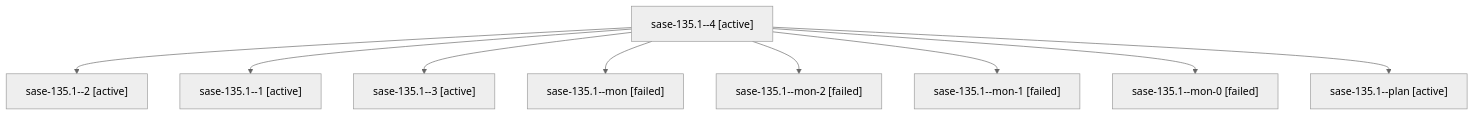
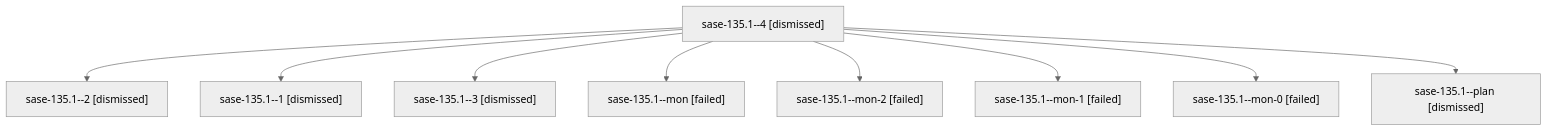
One commit to sase-org/sase--agents changed the diagram in sessions/bbugyi200.athena.sase-135.1.md. Above: the diagram before and after it, drawn with Mermaid (neutral theme). The commit also changed other lines of this file and 118 other files, not shown here.

````diff
--- a/sessions/bbugyi200.athena.sase-135.1.md
+++ b/sessions/bbugyi200.athena.sase-135.1.md
@@ -9,20 +9,20 @@
 ```mermaid
 flowchart TD
-  n0["sase-135.1--4 [active]"]
-  n1["sase-135.1--2 [active]"]
+  n0["sase-135.1--4 [dismissed]"]
+  n1["sase-135.1--2 [dismissed]"]
   n0 --> n1
-  n2["sase-135.1--1 [active]"]
+  n2["sase-135.1--1 [dismissed]"]
   n0 --> n2
-  n3["sase-135.1--3 [active]"]
+  n3["sase-135.1--3 [dismissed]"]
   n0 --> n3
   n4["sase-135.1--mon [failed]"]
   n0 --> n4
   n5["sase-135.1--mon-2 [failed]"]
   n0 --> n5
   n6["sase-135.1--mon-1 [failed]"]
   n0 --> n6
   n7["sase-135.1--mon-0 [failed]"]
   n0 --> n7
-  n8["sase-135.1--plan [active]"]
+  n8["sase-135.1--plan [dismissed]"]
   n0 --> n8
 ```
````
